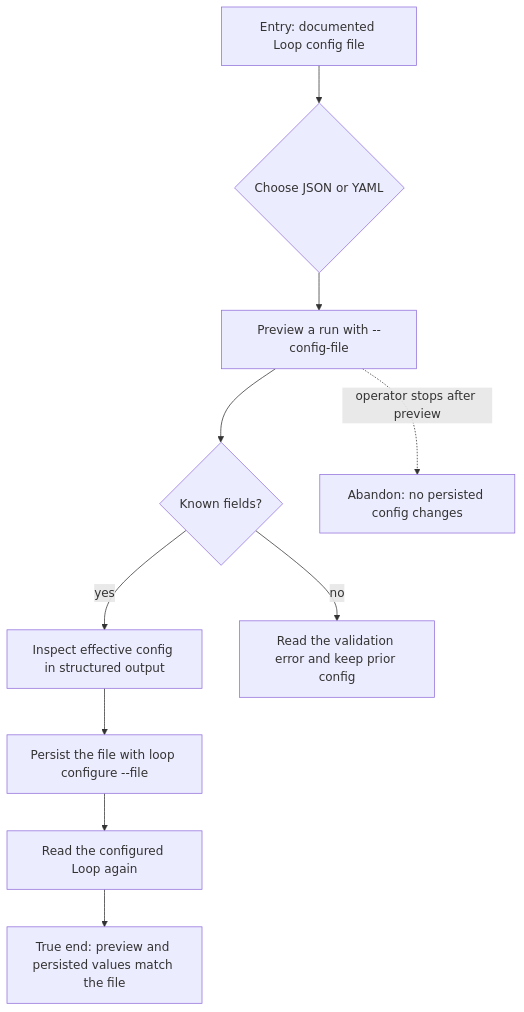
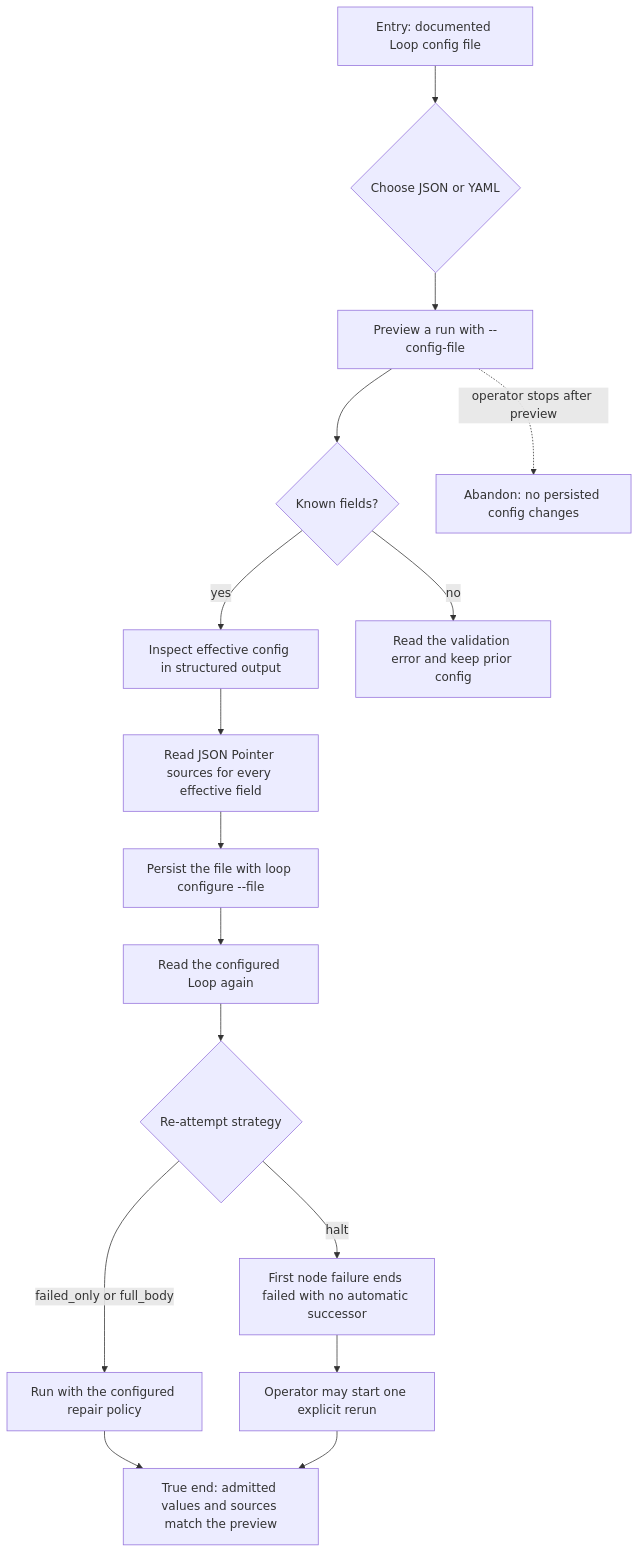
Before and after one commit to compozy/compozy: the diagram in docs/qa/journeys/J-configure-and-run-loop.md, drawn with Mermaid. The commit also changed other lines of this file and 113 other files, not shown here.

````diff
--- a/docs/qa/journeys/J-configure-and-run-loop.md
+++ b/docs/qa/journeys/J-configure-and-run-loop.md
@@ -7,12 +7,18 @@
 ```mermaid
 flowchart TD
     A[Entry: documented Loop config file] --> B{Choose JSON or YAML}
     B --> C[Preview a run with --config-file]
     C --> D{Known fields?}
     D -->|yes| E[Inspect effective config in structured output]
     D -->|no| F[Read the validation error and keep prior config]
-    E --> G[Persist the file with loop configure --file]
+    E --> E2[Read JSON Pointer sources for every effective field]
+    E2 --> G[Persist the file with loop configure --file]
     G --> H[Read the configured Loop again]
-    H --> I[True end: preview and persisted values match the file]
+    H --> J{Re-attempt strategy}
+    J -->|failed_only or full_body| I[Run with the configured repair policy]
+    J -->|halt| K[First node failure ends failed with no automatic successor]
+    K --> L[Operator may start one explicit rerun]
+    I --> M[True end: admitted values and sources match the preview]
+    L --> M
     C -.->|operator stops after preview| X[Abandon: no persisted config changes]
 ```
````
